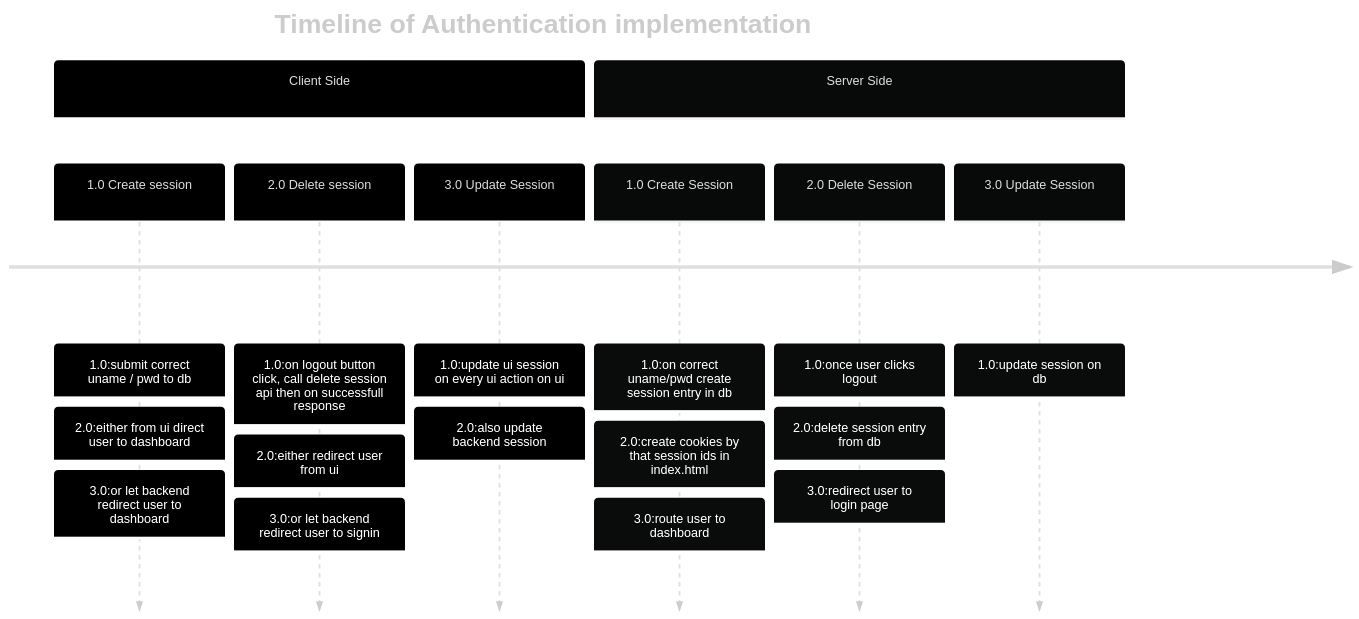
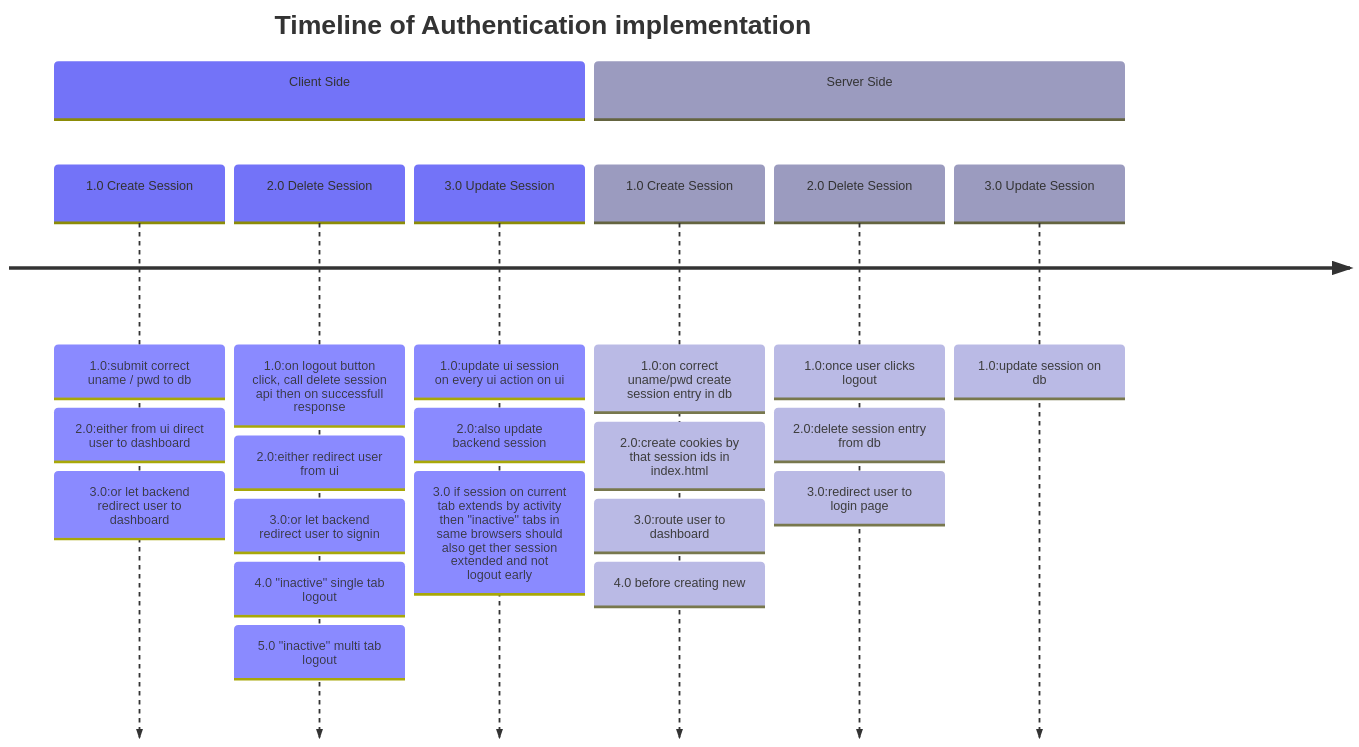
Before and after one commit to pawarvijay/Authentication-: the diagram in ImplementationTimeline.mmd, drawn with Mermaid.

```diff
--- a/ImplementationTimeline.mmd
+++ b/ImplementationTimeline.mmd
@@ -1,14 +1,14 @@
 ---
 config:
-  theme: neo-dark
+  theme: neo
 ---
 timeline
     title Timeline of Authentication implementation
     section Client Side
-        1.0 Create session : 1.0:submit correct uname / pwd to db : 2.0:either from ui direct user to dashboard : 3.0:or let backend redirect user to dashboard
-        2.0 Delete session : 1.0:on logout button click, call delete session api then on successfull response : 2.0:either redirect user from ui : 3.0:or let backend redirect user to signin  
-        3.0 Update Session : 1.0:update ui session on every ui action on ui : 2.0:also update backend session
+        1.0 Create Session : 1.0:submit correct uname / pwd to db : 2.0:either from ui direct user to dashboard : 3.0:or let backend redirect user to dashboard
+        2.0 Delete Session : 1.0:on logout button click, call delete session api then on successfull response : 2.0:either redirect user from ui : 3.0:or let backend redirect user to signin : 4.0 "inactive" single tab logout : 5.0 "inactive" multi tab logout
+        3.0 Update Session : 1.0:update ui session on every ui action on ui : 2.0:also update backend session : 3.0 if session on current tab extends by activity then "inactive" tabs in same browsers should also get ther session extended and not logout early
     section Server Side
-        1.0 Create Session : 1.0:on correct uname/pwd create session entry in db : 2.0:create cookies by that session ids in index.html : 3.0:route user to dashboard
+        1.0 Create Session : 1.0:on correct uname/pwd create session entry in db : 2.0:create cookies by that session ids in index.html : 3.0:route user to dashboard : 4.0 before creating new
         2.0 Delete Session : 1.0:once user clicks logout : 2.0:delete session entry from db : 3.0:redirect user to login page
         3.0 Update Session : 1.0:update session on db
```
